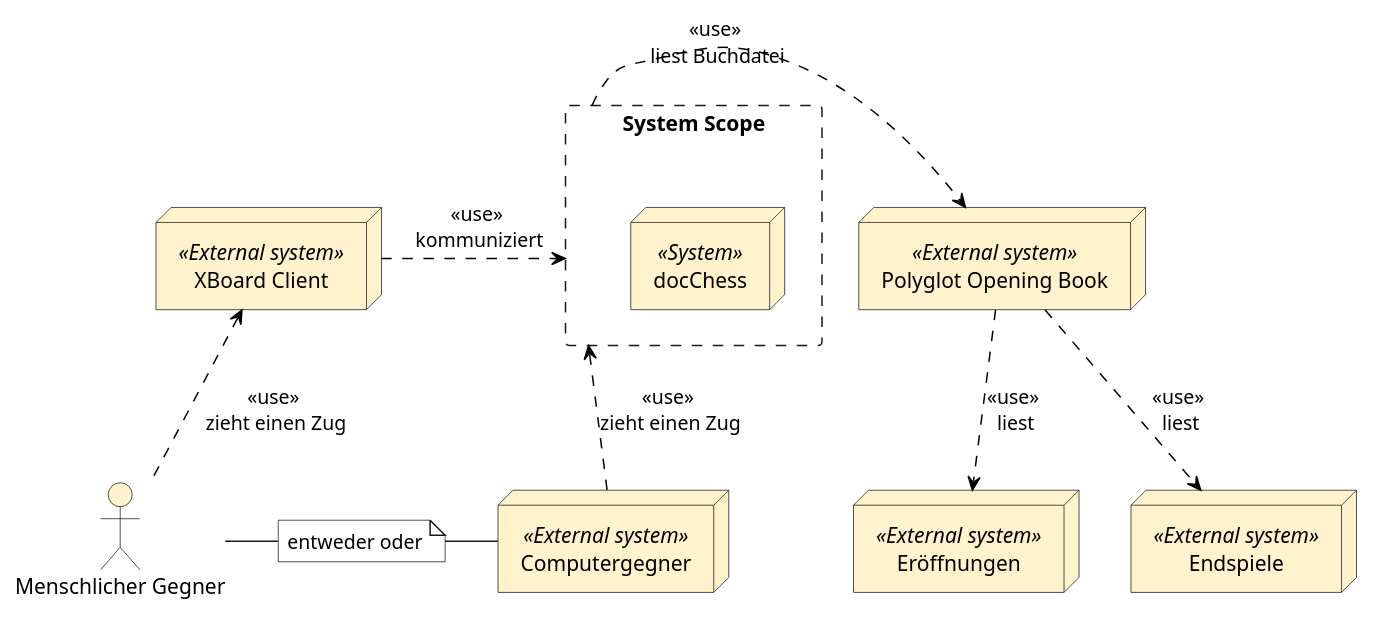
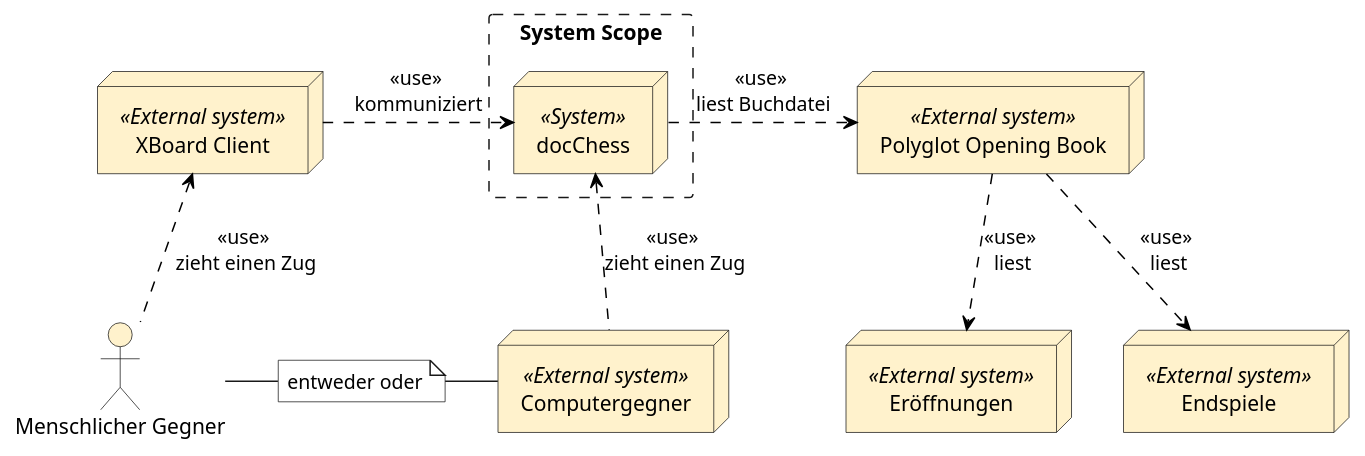
Before and after one commit to YanChunChang/BA_Plantuml: the diagram in DocChess/system-context.plantuml, drawn with PlantUML. The commit also changed 2 other files, not shown here.

```diff
--- a/DocChess/system-context.plantuml
+++ b/DocChess/system-context.plantuml
@@ -1,25 +1,25 @@
 @startuml DocChess system context
 'left to right direction
 
 :Menschlicher Gegner: as s #fff2cc
 rectangle "System Scope" as SystemScope #line.dashed{
     node "docChess" << System >> as d #fff2cc
 }
 node "XBoard Client" << External system >> as x #fff2cc
 node "Computergegner" << External system >> as c #fff2cc
 node "Polyglot Opening Book" << External system >> as p #fff2cc
 node "Eröffnungen" << External system >> as e #fff2cc
 node "Endspiele" << External system >> as end #fff2cc
 
 note "entweder oder" as n #ffffff
 
 s -u-> x  #black;line.dashed;:<<use>> \nzieht einen Zug
-x -> SystemScope  #black;line.dashed;:<<use>> \nkommuniziert
-c -u-> SystemScope  #black;line.dashed;:<<use>> \nzieht einen Zug
-SystemScope -> p  #black;line.dashed;:<<use>> \nliest Buchdatei
+x -> d  #black;line.dashed;:<<use>> \nkommuniziert
+c -u-> d  #black;line.dashed;:<<use>> \nzieht einen Zug
+d -> p  #black;line.dashed;:<<use>> \nliest Buchdatei
 p -d-> e #black;line.dashed;:<<use>> \nliest
 p -d-> end #black;line.dashed;:<<use>> \nliest
 s - n
 n - c
 
 @enduml
```
